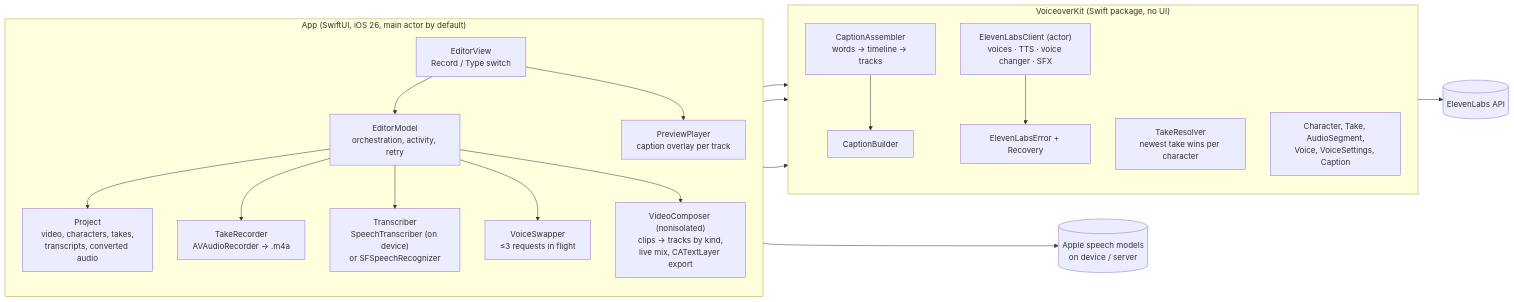
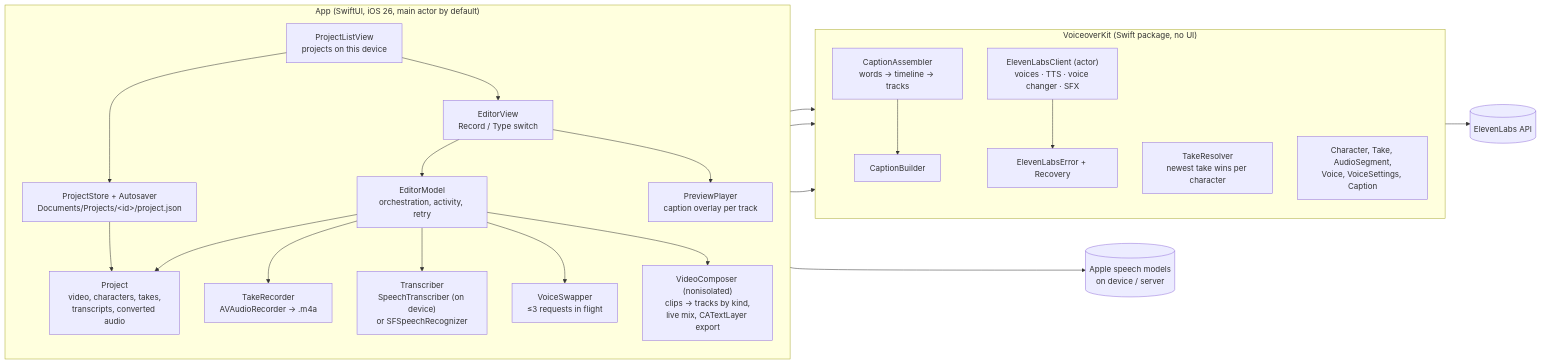
One commit to yvelkoa/VoiceoverStudio changed the first of 5 diagrams in README.md. Above: the diagram before and after it, drawn with Mermaid. The commit also changed other lines of this file, not shown here.

Commit message:
Document project storage

````diff
--- a/README.md
+++ b/README.md
@@ -21,38 +21,43 @@
 ```mermaid
 flowchart LR
     subgraph App["App (SwiftUI, iOS 26, main actor by default)"]
         direction TB
+        ProjectList["ProjectListView<br/>projects on this device"]
+        Store["ProjectStore + Autosaver<br/>Documents/Projects/&lt;id&gt;/project.json"]
         EditorView["EditorView<br/>Record / Type switch"]
         EditorModel["EditorModel<br/>orchestration, activity, retry"]
         Project["Project<br/>video, characters, takes,<br/>transcripts, converted audio"]
         Recorder["TakeRecorder<br/>AVAudioRecorder → .m4a"]
         Transcriber["Transcriber<br/>SpeechTranscriber (on device)<br/>or SFSpeechRecognizer"]
         Swapper["VoiceSwapper<br/>≤3 requests in flight"]
         Composer["VideoComposer (nonisolated)<br/>clips → tracks by kind,<br/>live mix, CATextLayer export"]
         Preview["PreviewPlayer<br/>caption overlay per track"]
     end
 
     subgraph Kit["VoiceoverKit (Swift package, no UI)"]
         direction TB
         Client["ElevenLabsClient (actor)<br/>voices · TTS · voice changer · SFX"]
         Resolver["TakeResolver<br/>newest take wins per character"]
         Assembler["CaptionAssembler<br/>words → timeline → tracks"]
         Captions["CaptionBuilder"]
         Errors["ElevenLabsError + Recovery"]
         Models["Character, Take, AudioSegment,<br/>Voice, VoiceSettings, Caption"]
     end
 
     EL[("ElevenLabs API")]
     Apple[("Apple speech models<br/>on device / server")]
 
+    ProjectList --> Store
+    ProjectList --> EditorView
+    Store --> Project
     EditorView --> EditorModel
     EditorView --> Preview
     EditorModel --> Project
     EditorModel --> Recorder
     EditorModel --> Transcriber --> Apple
     EditorModel --> Swapper --> Client --> EL
     EditorModel --> Composer
     Project --> Resolver
     EditorModel --> Assembler --> Captions
     Client --> Errors
 ```
````
